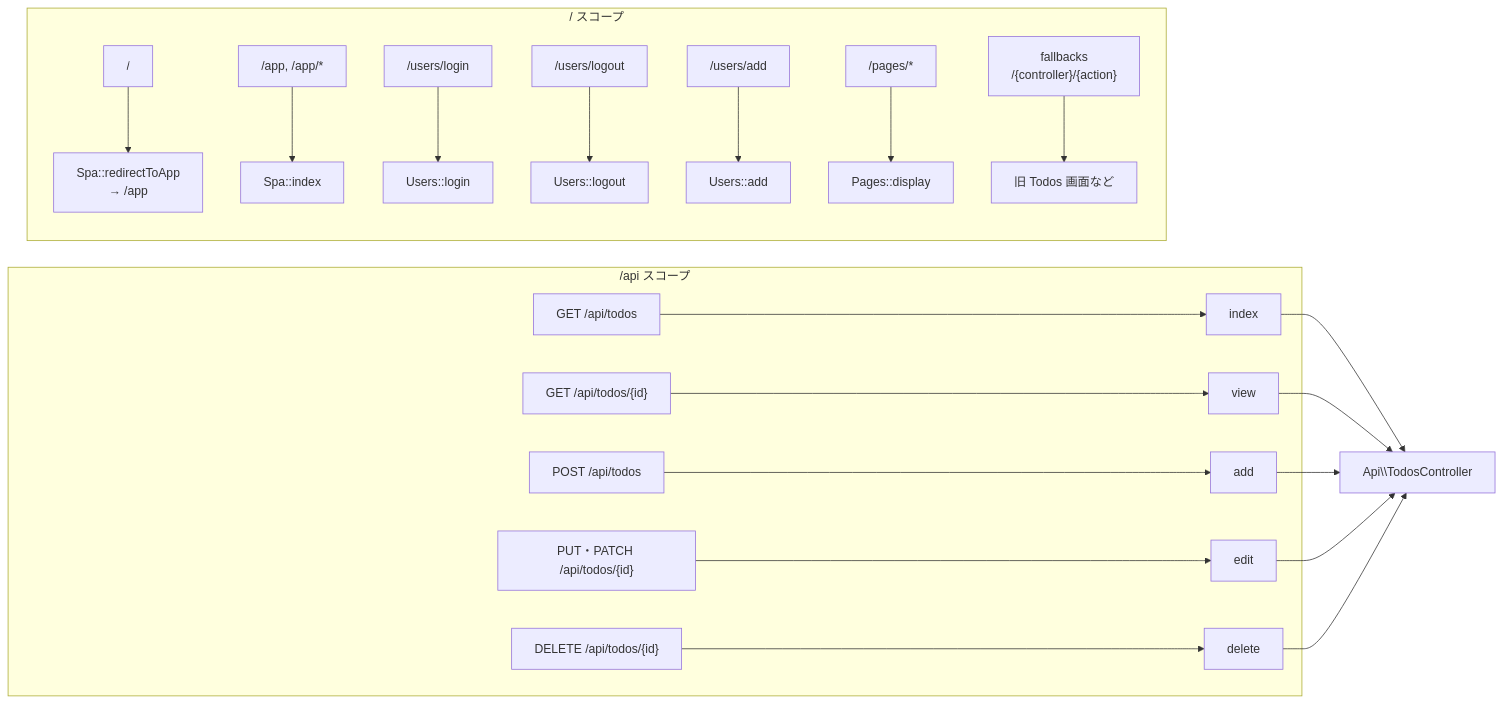
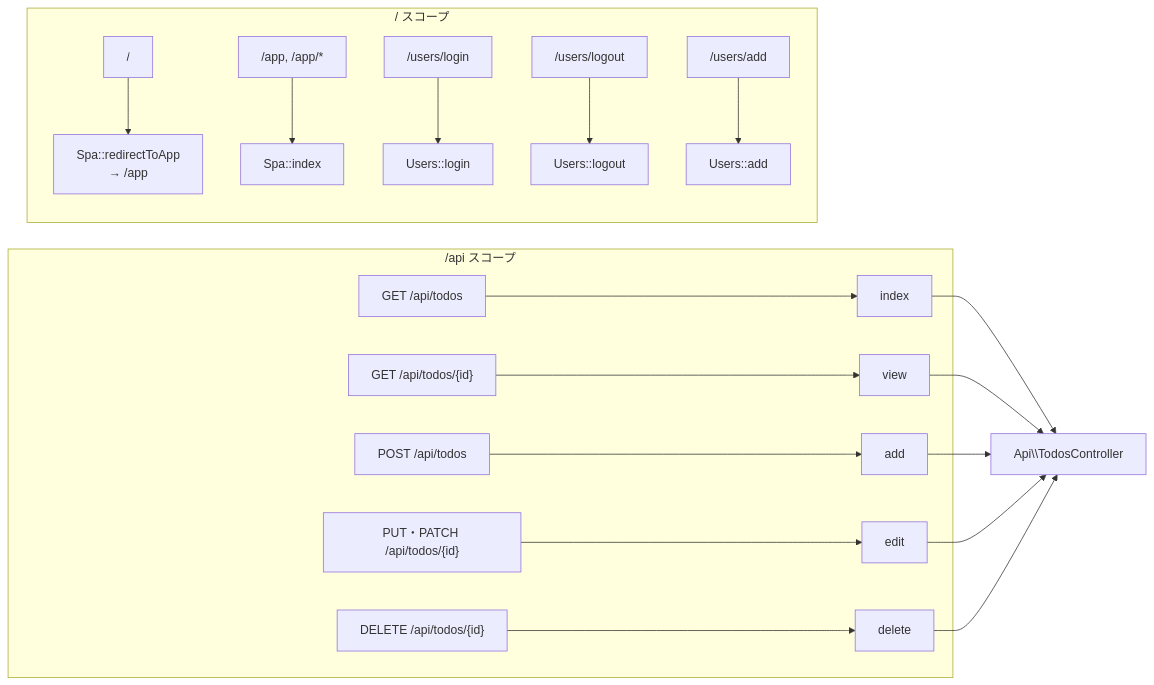
The fifth of 9 diagrams in docs/ARCHITECTURE.md (moritam/cakephp-test), drawn with Mermaid before and after one commit. The commit also changed other lines of this file and 16 other files, not shown here.

````diff
--- a/docs/ARCHITECTURE.md
+++ b/docs/ARCHITECTURE.md
@@ -130,22 +125,20 @@
 ```mermaid
 flowchart LR
     subgraph API["/api スコープ"]
         A1["GET /api/todos"] --> ATI["index"]
         A2["GET /api/todos/{id}"] --> ATV["view"]
         A3["POST /api/todos"] --> ATA["add"]
         A4["PUT・PATCH /api/todos/{id}"] --> ATE["edit"]
         A5["DELETE /api/todos/{id}"] --> ATD["delete"]
     end
 
     subgraph Root["/ スコープ"]
         R0["/"] --> SR["Spa::redirectToApp<br/>→ /app"]
         R1["/app, /app/*"] --> SI["Spa::index"]
         R2["/users/login"] --> UL["Users::login"]
         R3["/users/logout"] --> UO["Users::logout"]
         R4["/users/add"] --> UA["Users::add"]
-        R5["/pages/*"] --> PD["Pages::display"]
-        R6["fallbacks<br/>/{controller}/{action}"] --> FB["旧 Todos 画面など"]
     end
 
     ATI & ATV & ATA & ATE & ATD --> ATC["Api\\TodosController"]
 ```
````
